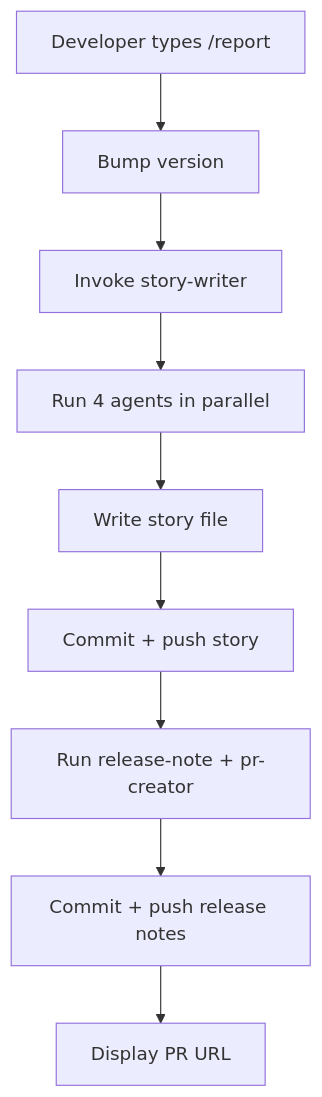
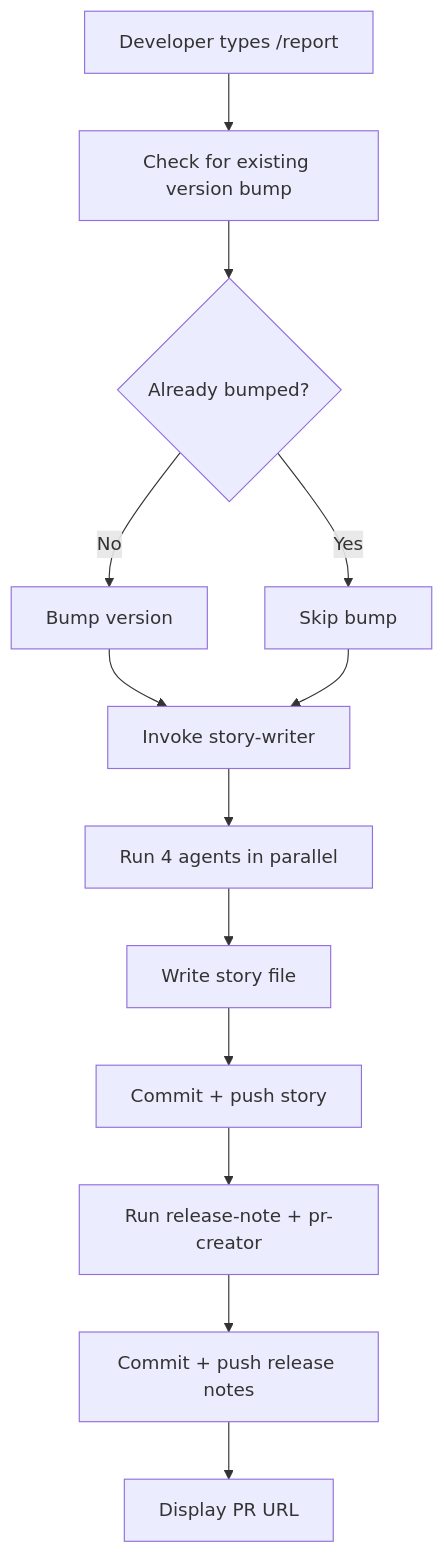
Before and after one commit to qmu/workaholic: the fourth of 4 diagrams in .workaholic/specs/ux.md, drawn with Mermaid. The commit also changed other lines of this file and 29 other files, not shown here.

````diff
--- a/.workaholic/specs/ux.md
+++ b/.workaholic/specs/ux.md
@@ -309,11 +314,15 @@
 ```mermaid
 flowchart TD
-    Start["Developer types /report"] --> Bump["Bump version"]
+    Start["Developer types /report"] --> Check["Check for existing version bump"]
+    Check --> Bumped{Already bumped?}
+    Bumped -->|No| Bump["Bump version"]
+    Bumped -->|Yes| Skip["Skip bump"]
     Bump --> Story["Invoke story-writer"]
+    Skip --> Story
     Story --> Agents["Run 4 agents in parallel"]
     Agents --> Write["Write story file"]
     Write --> CommitStory["Commit + push story"]
     CommitStory --> Release["Run release-note + pr-creator"]
     Release --> CommitRelease["Commit + push release notes"]
     CommitRelease --> URL["Display PR URL"]
 ```
````
